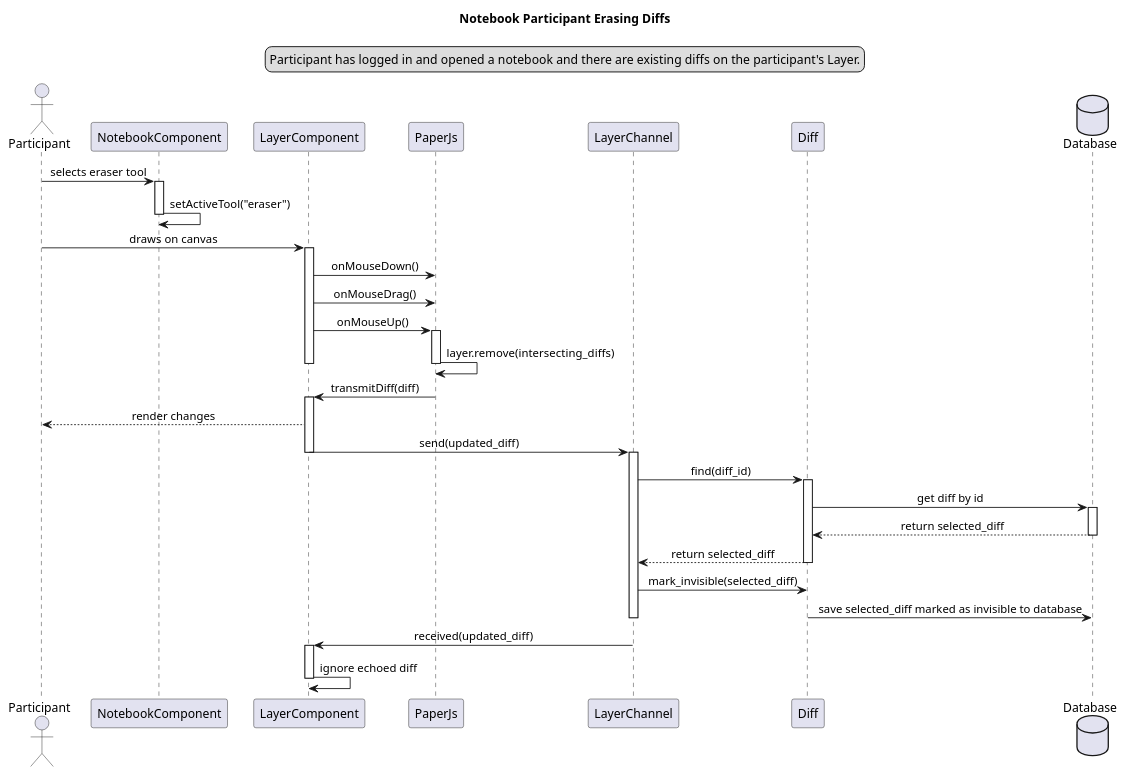
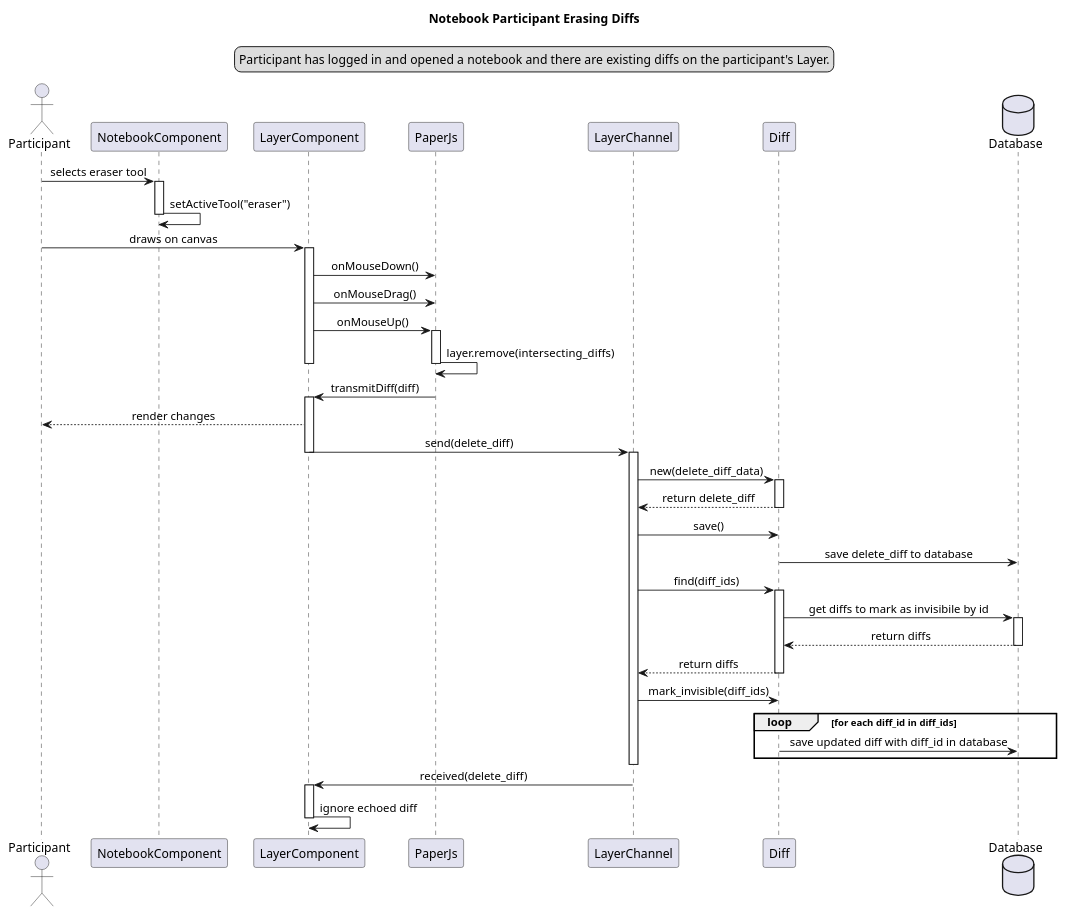
One commit to calebschoepp/canvasync changed the diagram in docs/preliminary_design/participant_erase_diff_seq.plantuml. Above: the diagram before and after it, drawn with PlantUML. The commit also changed 19 other files, not shown here.

Commit message:
Lotta uml

```diff
--- a/docs/preliminary_design/participant_erase_diff_seq.plantuml
+++ b/docs/preliminary_design/participant_erase_diff_seq.plantuml
@@ -1,54 +1,62 @@
 @startuml Notebook Participant Erasing Diffs
 title Notebook Participant Erasing Diffs
 skinparam sequenceMessageAlign center
 legend top
 Participant has logged in and opened a notebook and there are existing diffs on the participant's Layer.
 endlegend
 
 actor Participant as partic
 participant NotebookComponent as nc
 participant LayerComponent as lc
 participant PaperJs as pjs
 participant LayerChannel as lch
 participant Diff as d
 database Database as db
 
 partic -> nc : selects eraser tool
 activate nc
 nc -> nc : setActiveTool("eraser")
 deactivate nc
 partic -> lc : draws on canvas
 activate lc
 
 lc -> pjs : onMouseDown()
 lc -> pjs : onMouseDrag()
 lc -> pjs : onMouseUp()
 activate pjs
 pjs -> pjs : layer.remove(intersecting_diffs)
 deactivate pjs
 deactivate lc
 pjs -> lc : transmitDiff(diff)
 activate lc
 
 lc --> partic : render changes
 
-lc -> lch : send(updated_diff)
+lc -> lch : send(delete_diff)
 deactivate lc
 activate lch
-lch -> d : find(diff_id)
+lch -> d : new(delete_diff_data)
 activate d
-d -> db : get diff by id
+d --> lch : return delete_diff
+deactivate d
+lch -> d : save()
+d -> db : save delete_diff to database
+lch -> d : find(diff_ids)
+activate d
+d -> db : get diffs to mark as invisibile by id
 activate db
-db --> d : return selected_diff
+db --> d : return diffs
 deactivate db
-d --> lch : return selected_diff
+d --> lch : return diffs
 deactivate d
-lch -> d : mark_invisible(selected_diff)
-d -> db : save selected_diff marked as invisible to database
+lch -> d : mark_invisible(diff_ids)
+loop for each diff_id in diff_ids
+  d -> db : save updated diff with diff_id in database
+end
 deactivate lch
 
-lch -> lc : received(updated_diff)
+lch -> lc : received(delete_diff)
 activate lc
 lc -> lc : ignore echoed diff
 deactivate lc
 @enduml
```
